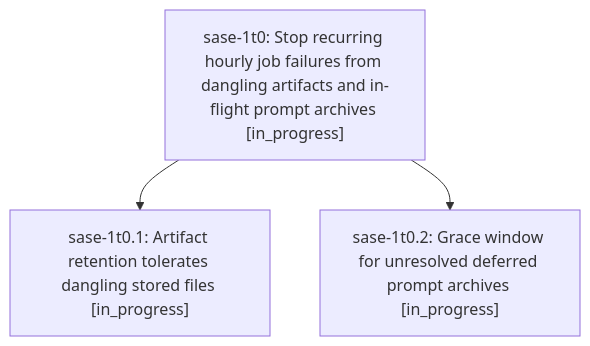
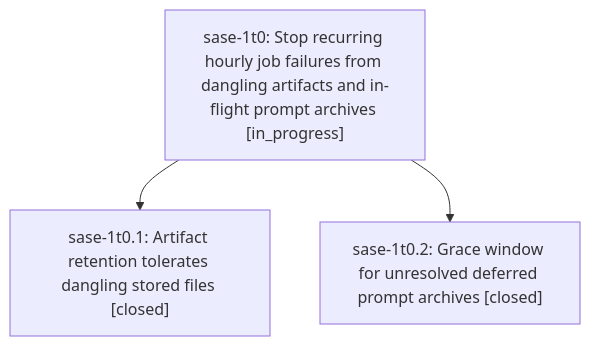
Before and after one commit to sase-org/sase--beads: the diagram in pages/sase-1t0/README.md, drawn with Mermaid. The commit also changed other lines of this file and 2 other files, not shown here.

First line of the commit message:
chore(beads): sync bead state and pages for sase-1t0

````diff
--- a/pages/sase-1t0/README.md
+++ b/pages/sase-1t0/README.md
@@ -35,8 +35,8 @@
 ```mermaid
 flowchart TD
     n0["sase-1t0: Stop recurring hourly job failures from dangling artifacts and in-flight prompt archives [in_progress]"]
-    n1["sase-1t0.1: Artifact retention tolerates dangling stored files [in_progress]"]
-    n2["sase-1t0.2: Grace window for unresolved deferred prompt archives [in_progress]"]
+    n1["sase-1t0.1: Artifact retention tolerates dangling stored files [closed]"]
+    n2["sase-1t0.2: Grace window for unresolved deferred prompt archives [closed]"]
     n0 --> n1
     n0 --> n2
 ```
````
